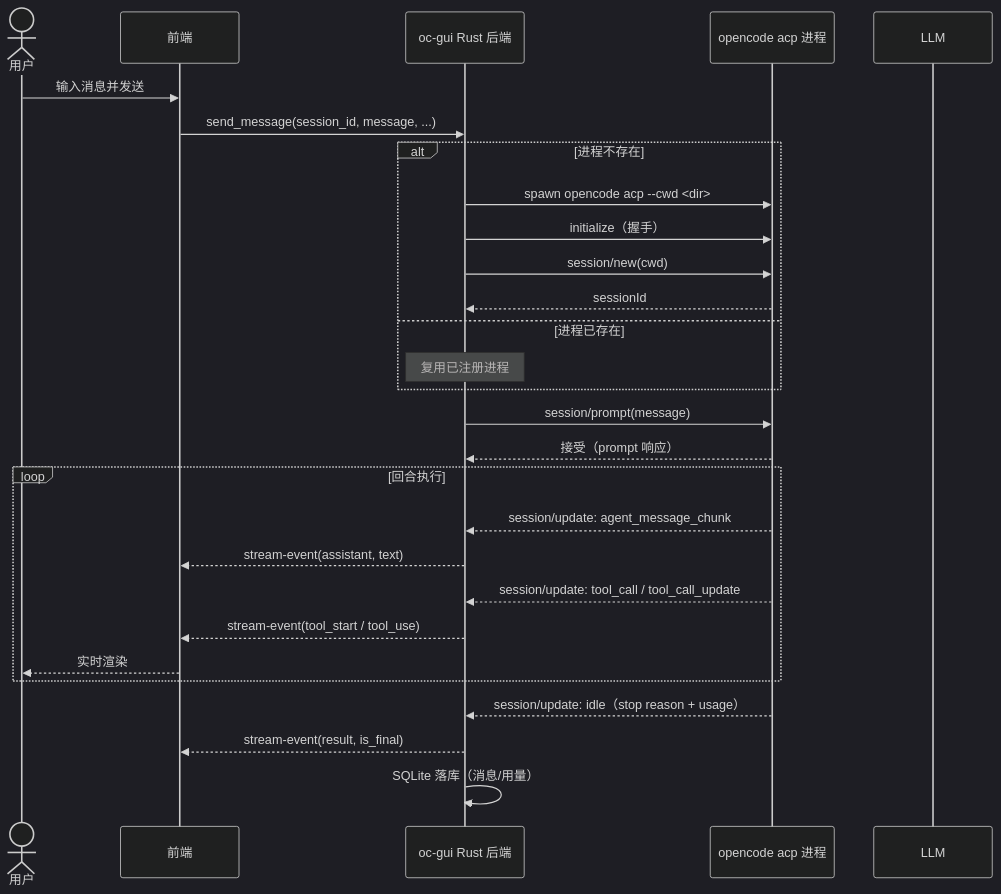
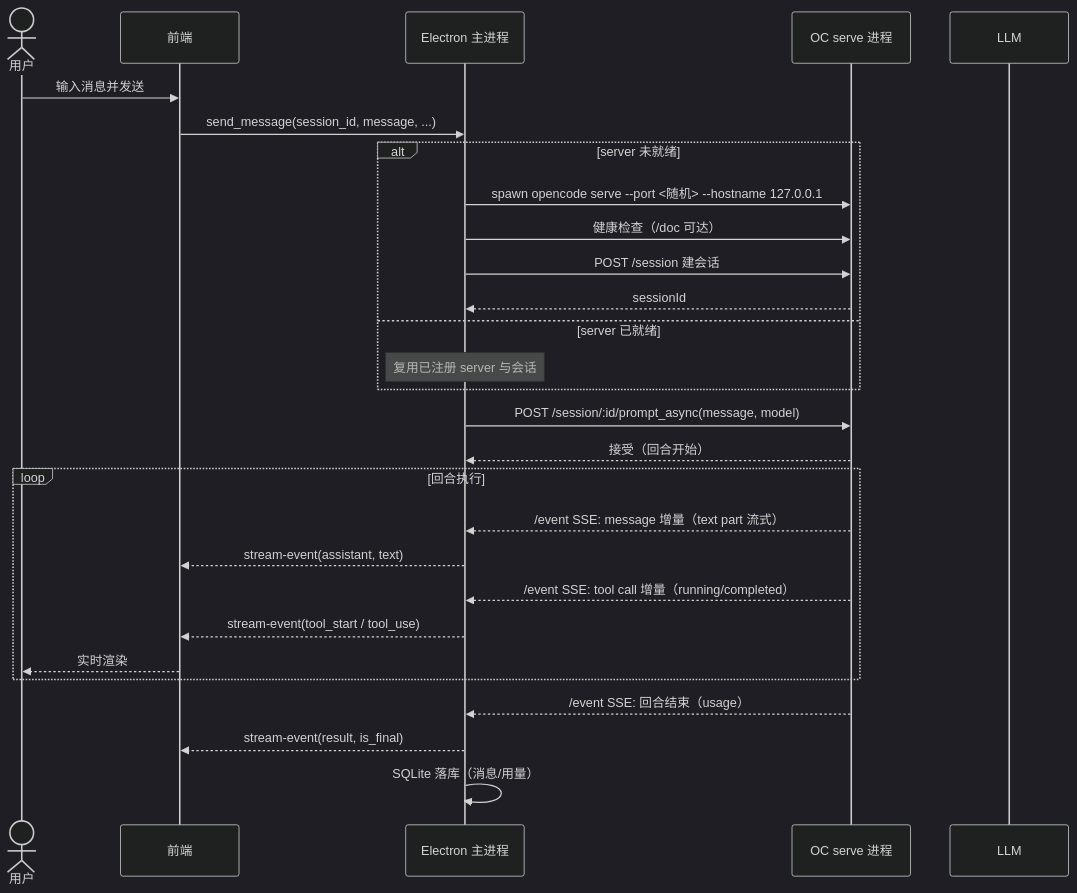
One commit to Max-Null/fractal changed the fifth of 7 diagrams in docs/设计/分形-设计方案.md. Above: the diagram before and after it, drawn with Mermaid (dark theme). The commit also changed other lines of this file, not shown here.

````diff
--- a/docs/设计/分形-设计方案.md
+++ b/docs/设计/分形-设计方案.md
@@ -672,31 +705,31 @@
 ```mermaid
 sequenceDiagram
     actor 用户
     participant 前端
-    participant Rust as oc-gui Rust 后端
-    participant ACP as opencode acp 进程
+    participant Main as Electron 主进程
+    participant OC as OC serve 进程
     participant LLM
 
     用户->>前端: 输入消息并发送
-    前端->>Rust: send_message(session_id, message, ...)
-    alt 进程不存在
-        Rust->>ACP: spawn opencode acp --cwd <dir>
-        Rust->>ACP: initialize（握手）
-        Rust->>ACP: session/new(cwd)
-        ACP-->>Rust: sessionId
-    else 进程已存在
-        Note over Rust: 复用已注册进程
+    前端->>Main: send_message(session_id, message, ...)
+    alt server 未就绪
+        Main->>OC: spawn opencode serve --port <随机> --hostname 127.0.0.1
+        Main->>OC: 健康检查（/doc 可达）
+        Main->>OC: POST /session 建会话
+        OC-->>Main: sessionId
+    else server 已就绪
+        Note over Main: 复用已注册 server 与会话
     end
-    Rust->>ACP: session/prompt(message)
-    ACP-->>Rust: 接受（prompt 响应）
+    Main->>OC: POST /session/:id/prompt_async(message, model)
+    OC-->>Main: 接受（回合开始）
     loop 回合执行
-        ACP-->>Rust: session/update: agent_message_chunk
-        Rust-->>前端: stream-event(assistant, text)
-        ACP-->>Rust: session/update: tool_call / tool_call_update
-        Rust-->>前端: stream-event(tool_start / tool_use)
+        OC-->>Main: /event SSE: message 增量（text part 流式）
+        Main-->>前端: stream-event(assistant, text)
+        OC-->>Main: /event SSE: tool call 增量（running/completed）
+        Main-->>前端: stream-event(tool_start / tool_use)
         前端-->>用户: 实时渲染
     end
-    ACP-->>Rust: session/update: idle（stop reason + usage）
-    Rust-->>前端: stream-event(result, is_final)
-    Rust->>Rust: SQLite 落库（消息/用量）
+    OC-->>Main: /event SSE: 回合结束（usage）
+    Main-->>前端: stream-event(result, is_final)
+    Main->>Main: SQLite 落库（消息/用量）
 ```
````
